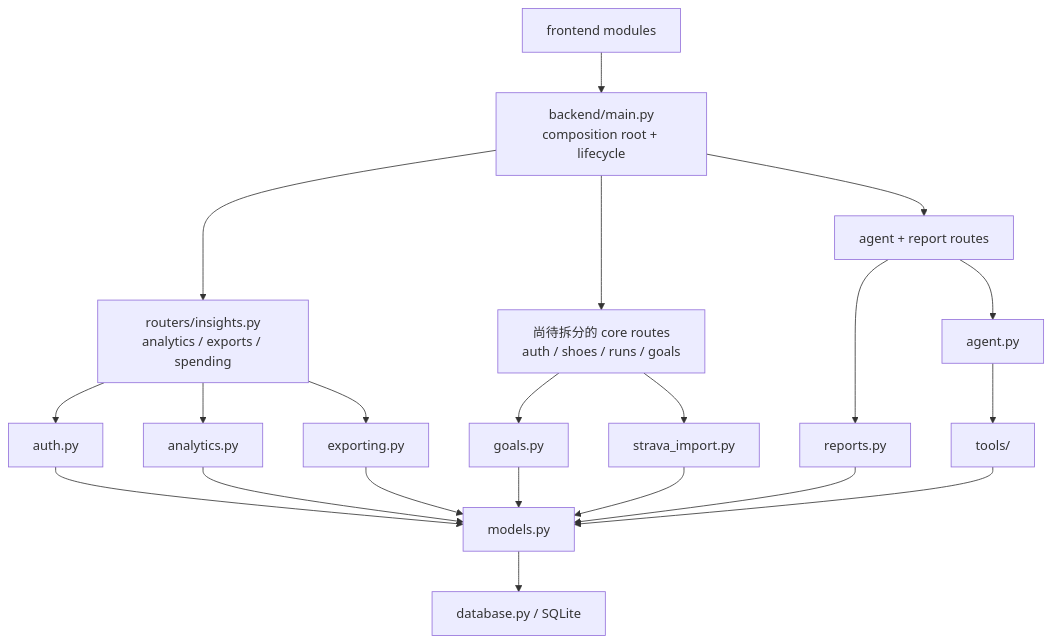
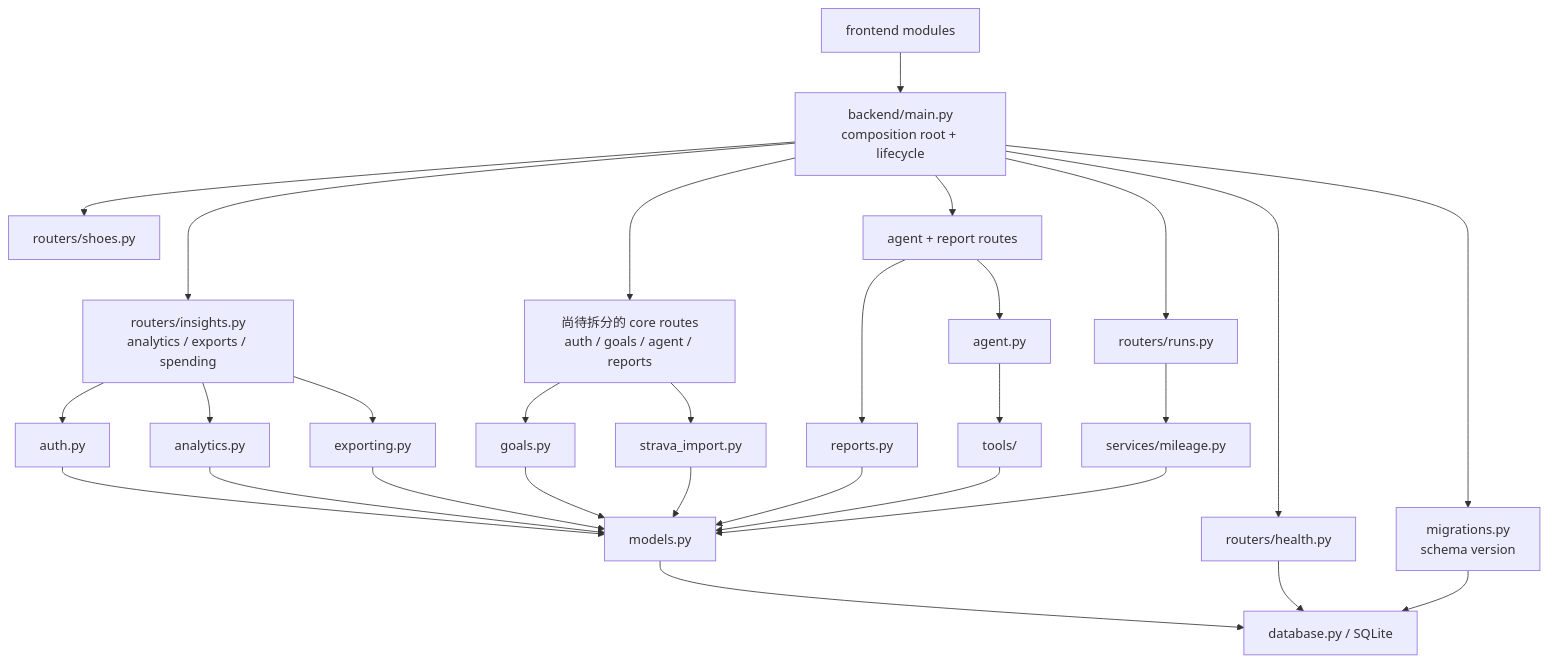
The second of 3 diagrams in docs/architecture.md (Teng91/running-shoes), drawn with Mermaid before and after one commit. The commit also changed other lines of this file and 41 other files, not shown here.

Commit message:
refactor: strengthen architecture and deployment safety

````diff
--- a/docs/architecture.md
+++ b/docs/architecture.md
@@ -28,26 +28,34 @@
 ```mermaid
 flowchart TB
     Browser[frontend modules] --> Main[backend/main.py<br/>composition root + lifecycle]
 
-    Main --> Core[尚待拆分的 core routes<br/>auth / shoes / runs / goals]
+    Main --> Core[尚待拆分的 core routes<br/>auth / goals / agent / reports]
     Main --> Insights[routers/insights.py<br/>analytics / exports / spending]
+    Main --> Shoes[routers/shoes.py]
+    Main --> Runs[routers/runs.py]
+    Main --> Health[routers/health.py]
+    Runs --> Mileage[services/mileage.py]
     Main --> AI[agent + report routes]
 
     Insights --> Auth[auth.py]
     Insights --> Analytics[analytics.py]
     Insights --> Exporting[exporting.py]
     Core --> Goals[goals.py]
     Core --> Strava[strava_import.py]
     AI --> Agent[agent.py]
     AI --> Reports[reports.py]
     Agent --> Tools[tools/]
 
     Auth --> Models[models.py]
     Analytics --> Models
     Exporting --> Models
     Goals --> Models
     Strava --> Models
     Reports --> Models
     Tools --> Models
+    Mileage --> Models
     Models --> Database[database.py / SQLite]
+    Main --> Migrations[migrations.py<br/>schema version]
+    Health --> Database
+    Migrations --> Database
 ```
````
